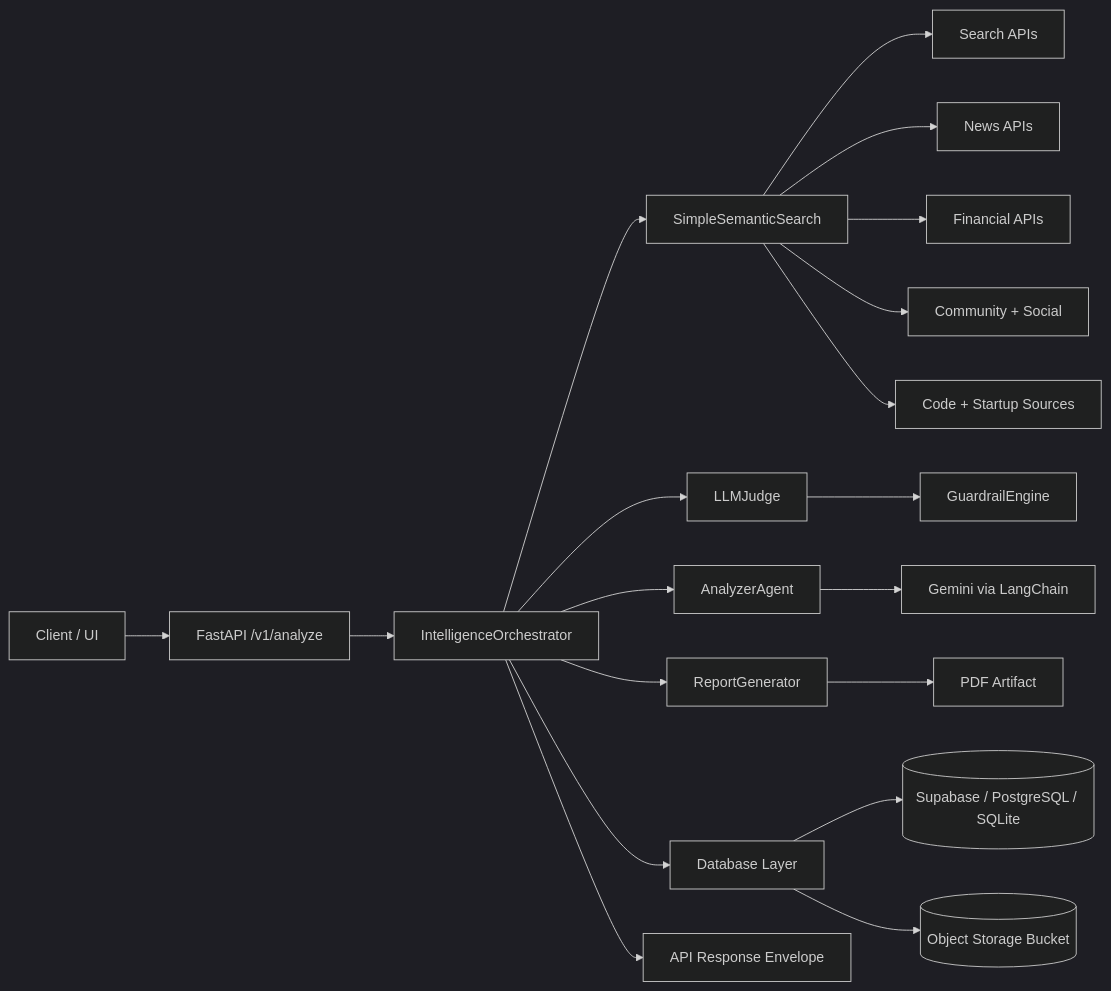
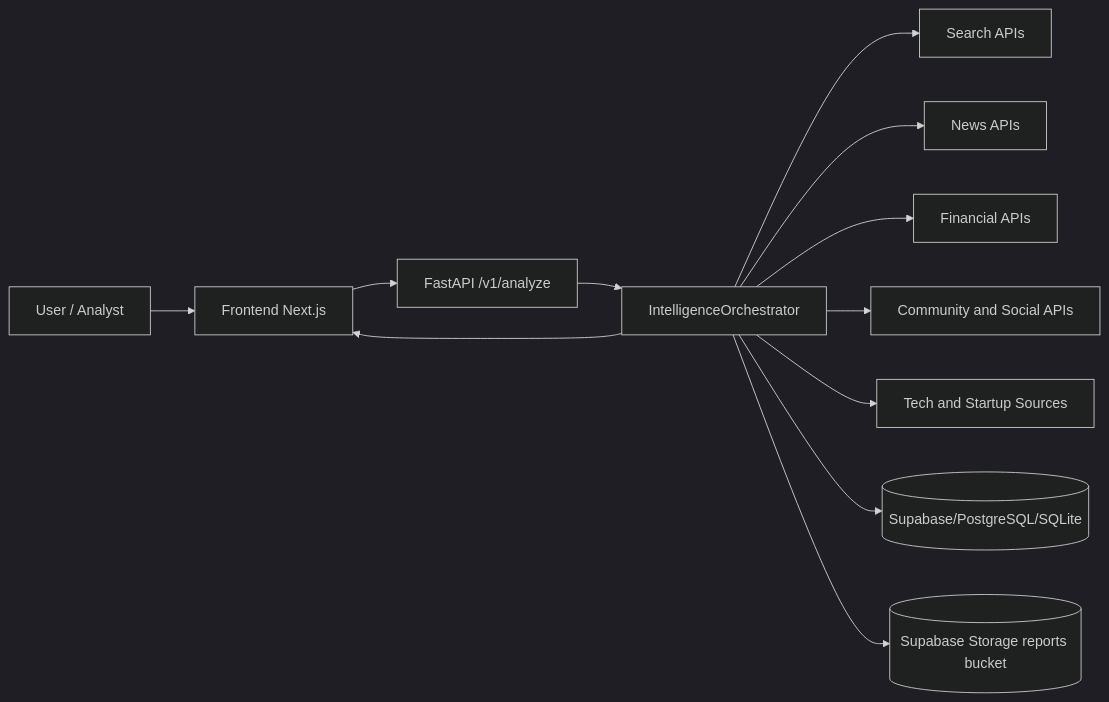
One commit to neelamnagarajgithub/MarketScoutAgent changed the first of 7 diagrams in README.md. Above: the diagram before and after it, drawn with Mermaid (dark theme). The commit also changed other lines of this file, not shown here.

````diff
--- a/README.md
+++ b/README.md
@@ -45,27 +56,16 @@
 ```mermaid
 flowchart LR
-		U[Client / UI] --> A[FastAPI /v1/analyze]
-		A --> O[IntelligenceOrchestrator]
+  User[User / Analyst] --> FE[Frontend Next.js]
+  FE --> API[FastAPI /v1/analyze]
+  API --> ORCH[IntelligenceOrchestrator]
 
-		O --> S[SimpleSemanticSearch]
-		S --> F1[Search APIs]
-		S --> F2[News APIs]
-		S --> F3[Financial APIs]
-		S --> F4[Community + Social]
-		S --> F5[Code + Startup Sources]
+  ORCH --> EXT1[Search APIs]
+  ORCH --> EXT2[News APIs]
+  ORCH --> EXT3[Financial APIs]
+  ORCH --> EXT4[Community and Social APIs]
+  ORCH --> EXT5[Tech and Startup Sources]
 
-		O --> J[LLMJudge]
-		J --> G[GuardrailEngine]
-
-		O --> Z[AnalyzerAgent]
-		Z --> LLM[Gemini via LangChain]
-
-		O --> R[ReportGenerator]
-		R --> PDF[PDF Artifact]
-
-		O --> D[Database Layer]
-		D --> DB[(Supabase / PostgreSQL / SQLite)]
-		D --> ST[(Object Storage Bucket)]
-
-		O --> RESP[API Response Envelope]
+  ORCH --> DB[(Supabase/PostgreSQL/SQLite)]
+  ORCH --> OBJ[(Supabase Storage reports bucket)]
+  ORCH --> FE
 ```
````
